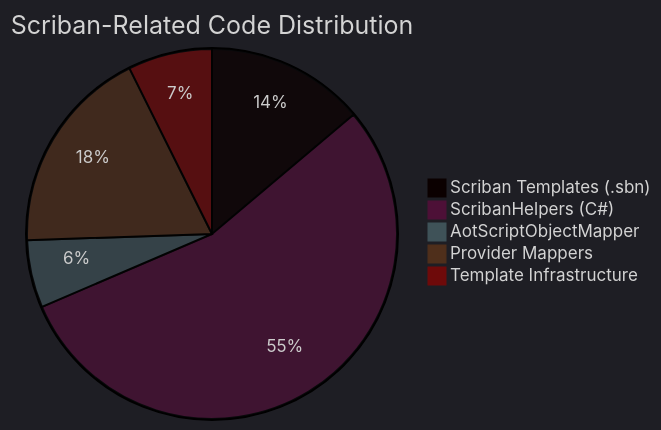
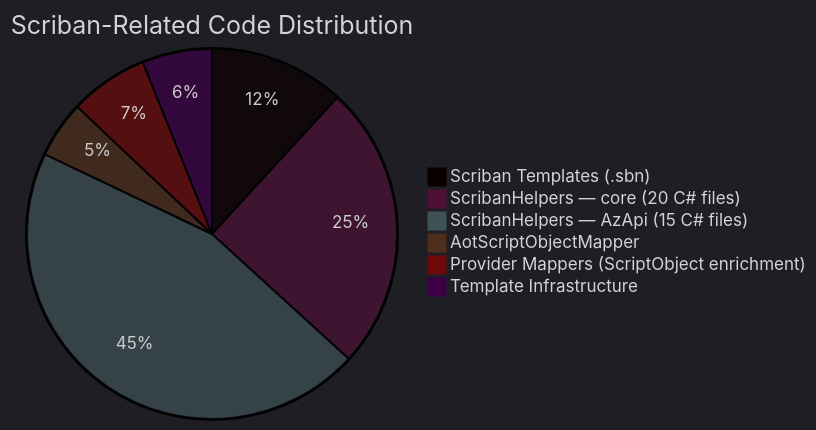
One commit to oocx/tfplan2md changed the first of 25 diagrams in docs/architecture-without-scriban.md. Above: the diagram before and after it, drawn with Mermaid. The commit also changed other lines of this file, not shown here.

Commit message:
docs: update architecture doc with PR 569 changes and comprehensive review additions

````diff
--- a/docs/architecture-without-scriban.md
+++ b/docs/architecture-without-scriban.md
@@ -50,9 +52,10 @@
 ```mermaid
 %%{init: {'theme':'dark', 'themeVariables': { 'fontSize':'14px', 'fontFamily':'ui-sans-serif, system-ui, sans-serif'}}}%%
 pie title Scriban-Related Code Distribution
-    "Scriban Templates (.sbn)" : 1600
-    "ScribanHelpers (C#)" : 6320
-    "AotScriptObjectMapper" : 683
-    "Provider Mappers" : 2099
+    "Scriban Templates (.sbn)" : 1649
+    "ScribanHelpers — core (20 C# files)" : 3480
+    "ScribanHelpers — AzApi (15 C# files)" : 6320
+    "AotScriptObjectMapper" : 692
+    "Provider Mappers (ScriptObject enrichment)" : 957
     "Template Infrastructure" : 850
 ```
````
